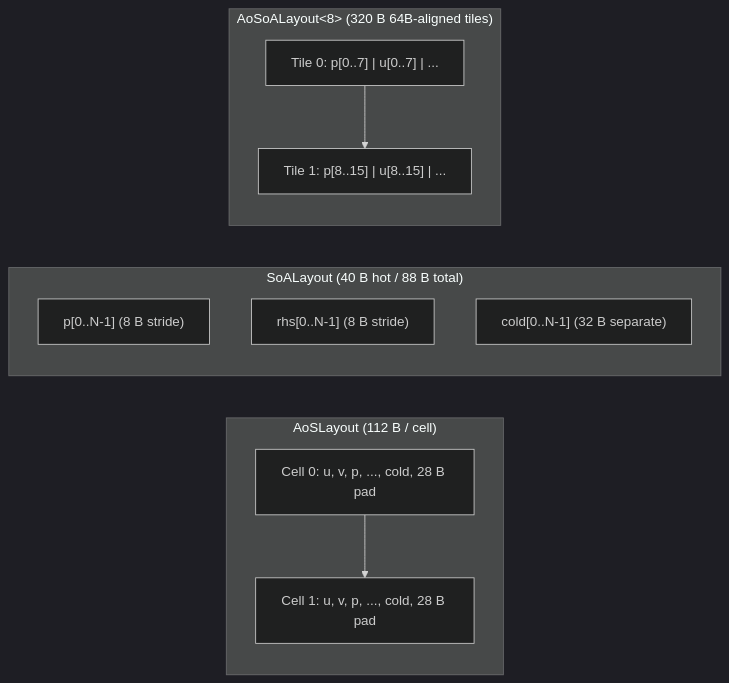
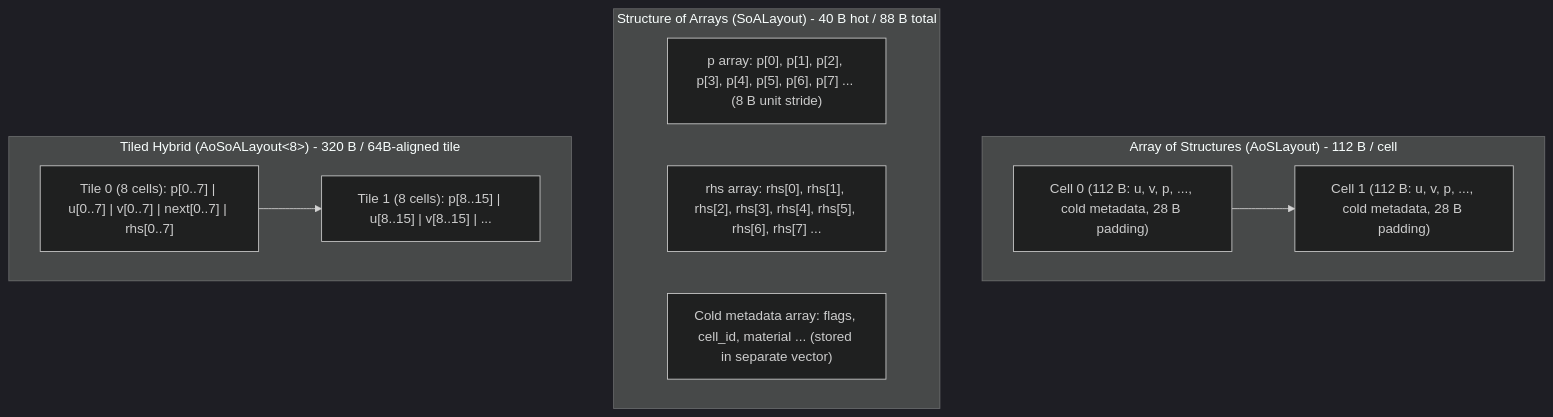
Before and after one commit to ahmedez-zouine/data-oriented-solver: the diagram in docs/layouts/overview.md, drawn with Mermaid (dark theme). The commit also changed other lines of this file and 14 other files, not shown here.

````diff
--- a/docs/layouts/overview.md
+++ b/docs/layouts/overview.md
@@ -9,14 +9,14 @@
 ```mermaid
-flowchart LR
-    subgraph AoS ["AoSLayout (112 B / cell)"]
-        A1["Cell 0: u, v, p, ..., cold, 28 B pad"] --> A2["Cell 1: u, v, p, ..., cold, 28 B pad"]
+flowchart TD
+    subgraph AoS ["Array of Structures (AoSLayout) - 112 B / cell"]
+        A1["Cell 0 (112 B: u, v, p, ..., cold metadata, 28 B padding)"] --> A2["Cell 1 (112 B: u, v, p, ..., cold metadata, 28 B padding)"]
     end
-    subgraph SoA ["SoALayout (40 B hot / 88 B total)"]
-        S1["p[0..N-1] (8 B stride)"]
-        S2["rhs[0..N-1] (8 B stride)"]
-        S3["cold[0..N-1] (32 B separate)"]
+    subgraph SoA ["Structure of Arrays (SoALayout) - 40 B hot / 88 B total"]
+        S1["p array: p[0], p[1], p[2], p[3], p[4], p[5], p[6], p[7] ... (8 B unit stride)"]
+        S2["rhs array: rhs[0], rhs[1], rhs[2], rhs[3], rhs[4], rhs[5], rhs[6], rhs[7] ..."]
+        S3["Cold metadata array: flags, cell_id, material ... (stored in separate vector)"]
     end
-    subgraph AoSoA ["AoSoALayout&lt;8&gt; (320 B 64B-aligned tiles)"]
-        T1["Tile 0: p[0..7] | u[0..7] | ..."] --> T2["Tile 1: p[8..15] | u[8..15] | ..."]
+    subgraph AoSoA ["Tiled Hybrid (AoSoALayout&lt;8&gt;) - 320 B / 64B-aligned tile"]
+        T1["Tile 0 (8 cells): p[0..7] | u[0..7] | v[0..7] | next[0..7] | rhs[0..7]"] --> T2["Tile 1 (8 cells): p[8..15] | u[8..15] | v[8..15] | ..."]
     end
 ```
````
